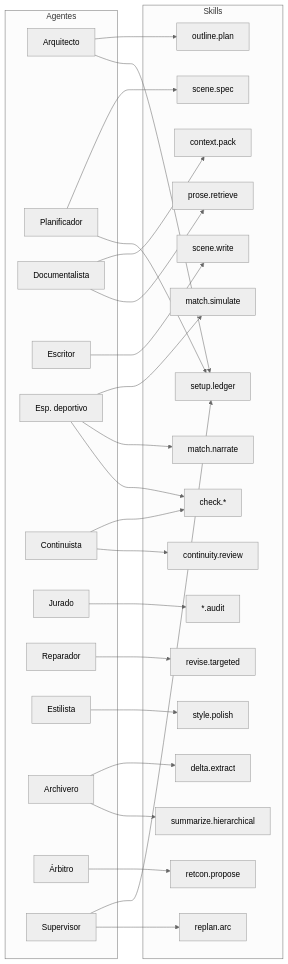
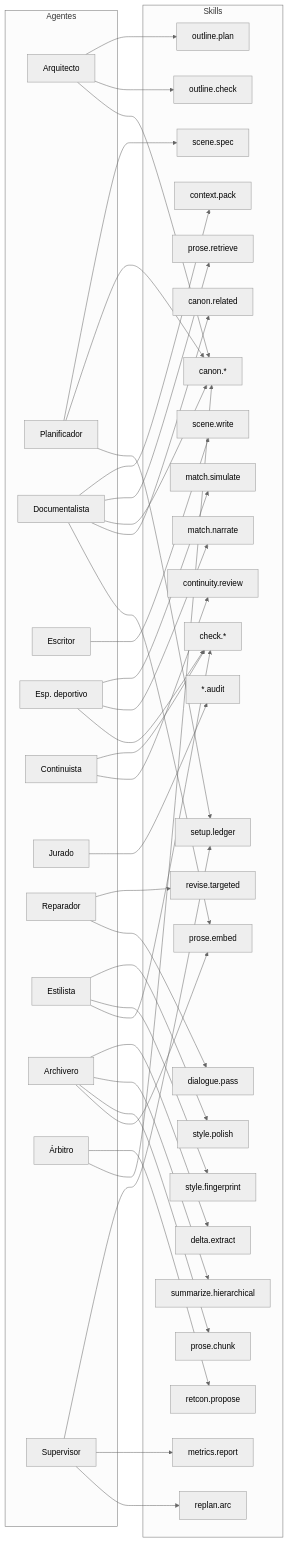
The fourth of 8 diagrams in docs/architecture.md (emilioqaracter/Story-Maker), drawn with Mermaid (neutral theme) before and after one commit. The commit also changed other lines of this file and 7 other files, not shown here.

````diff
--- a/docs/architecture.md
+++ b/docs/architecture.md
@@ -397,58 +871,78 @@
 ```mermaid
 graph LR
   subgraph Agentes
     A1["Arquitecto"]
     A2["Planificador"]
     A3["Documentalista"]
     A4["Escritor"]
     A5["Esp. deportivo"]
     A6["Continuista"]
     A7["Jurado"]
     A8["Reparador"]
     A9["Estilista"]
     A10["Archivero"]
     A11["Árbitro"]
     A12["Supervisor"]
   end
 
   subgraph Skills
     S1["outline.plan"]
     S2["scene.spec"]
     S3["context.pack"]
     S4["prose.retrieve"]
     S5["scene.write"]
     S6["match.simulate"]
     S7["match.narrate"]
     S8["check.*"]
     S9["continuity.review"]
     S10["*.audit"]
     S11["revise.targeted"]
     S12["style.polish"]
     S13["delta.extract"]
     S14["summarize.hierarchical"]
     S15["retcon.propose"]
     S16["setup.ledger"]
     S17["replan.arc"]
+    S18["canon.*"]
+    S19["outline.check"]
+    S20["style.fingerprint"]
+    S21["metrics.report"]
+    S22["dialogue.pass"]
+    S23["prose.embed"]
+    S24["prose.chunk"]
+    S25["canon.related"]
   end
 
   A1 --> S1
-  A1 --> S16
+  A1 --> S19
+  A1 --> S18
   A2 --> S2
+  A2 --> S18
   A2 --> S16
   A3 --> S3
   A3 --> S4
+  A3 --> S18
+  A3 --> S25
+  A3 --> S23
   A4 --> S5
   A5 --> S6
   A5 --> S7
   A5 --> S8
   A6 --> S8
   A6 --> S9
   A7 --> S10
   A8 --> S11
+  A8 --> S22
   A9 --> S12
+  A9 --> S20
+  A9 --> S8
   A10 --> S13
   A10 --> S14
+  A10 --> S24
+  A10 --> S23
   A11 --> S15
+  A11 --> S18
   A12 --> S16
+  A12 --> S21
   A12 --> S17
 ```
````
